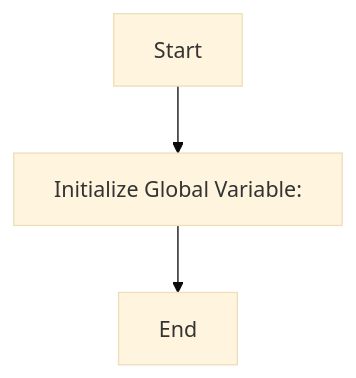
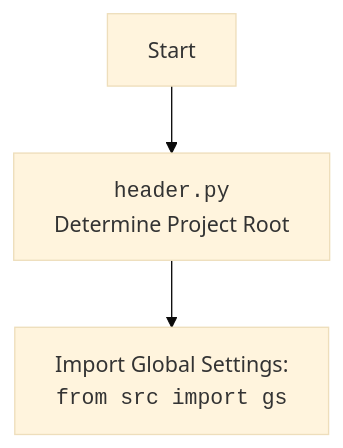
Before and after one commit to hypo69/hypo: the first of 2 diagrams in docs/gemini/ru/explainer/src/ai/myai/traffic_light.py.md, drawn with Mermaid (base theme). The commit also changed other lines of this file and 1505 other files, not shown here.

````diff
--- a/docs/gemini/ru/explainer/src/ai/myai/traffic_light.py.md
+++ b/docs/gemini/ru/explainer/src/ai/myai/traffic_light.py.md
@@ -9,5 +12,6 @@
-```mermaid
-flowchart TD
-    Start --> InitializeMode[Initialize Global Variable:<br><code></code>]
-    InitializeMode --> End
-```
+    ```mermaid
+    flowchart TD
+        Start --> Header[<code>header.py</code><br> Determine Project Root]
+    
+        Header --> import[Import Global Settings: <br><code>from src import gs</code>] 
+    ```
````
